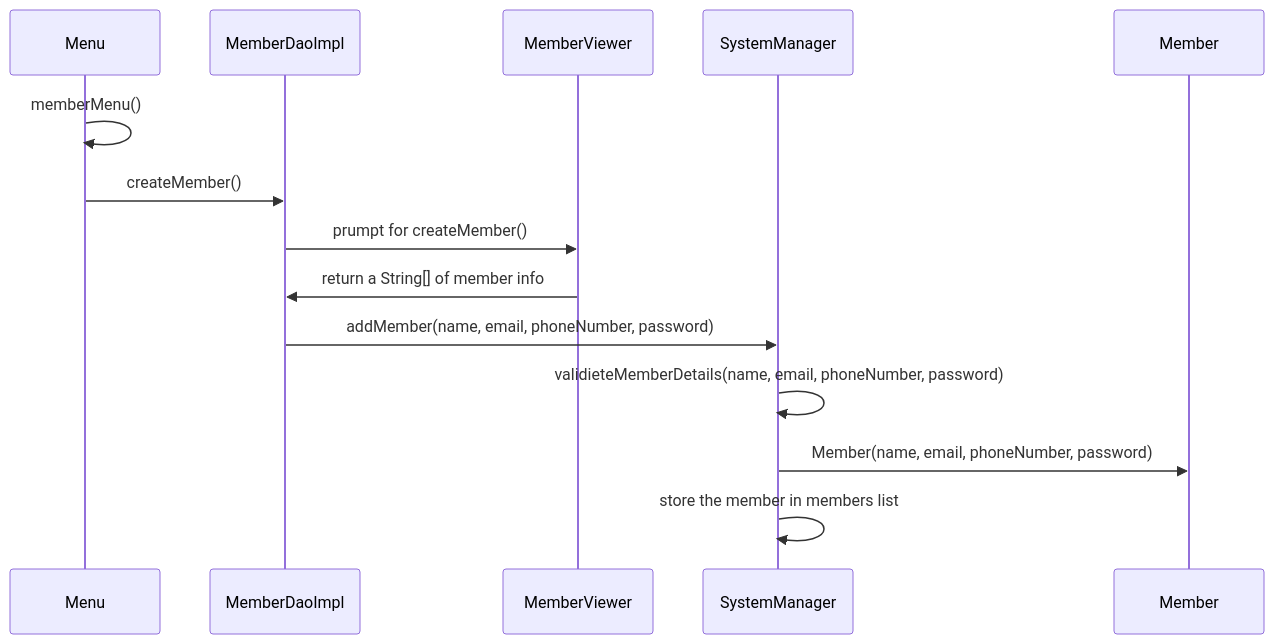
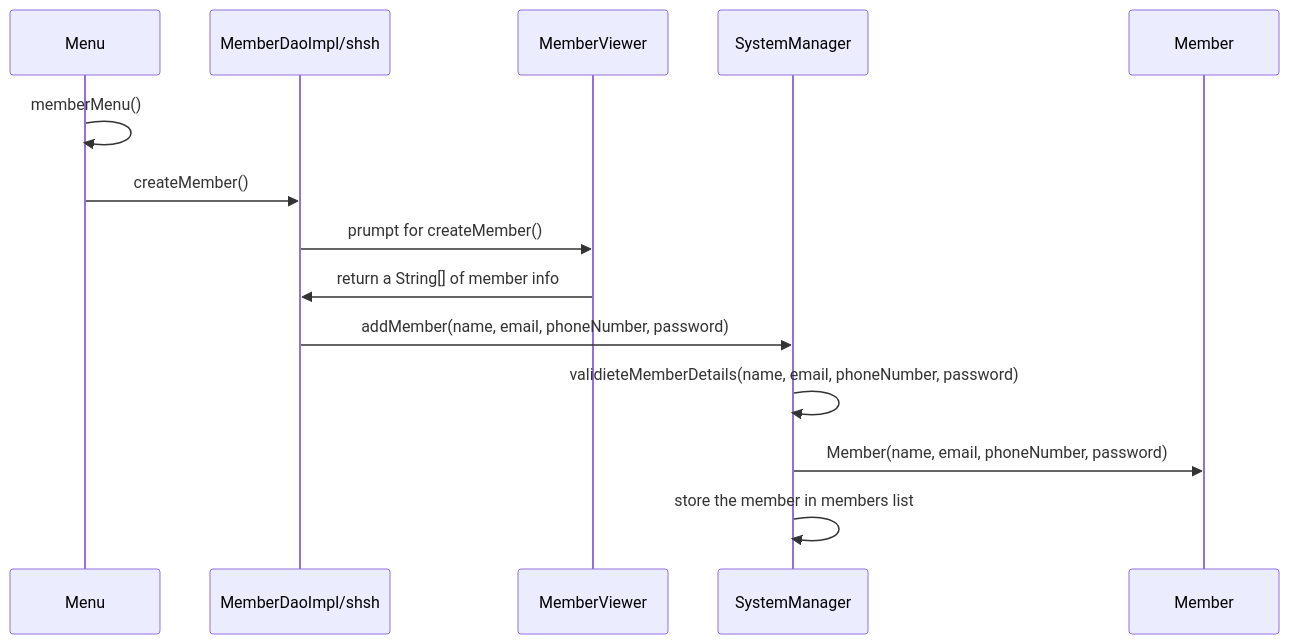
One commit to ashkar99/Stuff-Lending-System changed the fifth of 5 diagrams in design.md. Above: the diagram before and after it, drawn with Mermaid.

Commit message:
Update file design.md

`````diff
--- a/design.md
+++ b/design.md
@@ -413,19 +413,19 @@
 ```mermaid
 sequenceDiagram
     participant Menu as Menu
-    participant MC as MemberDaoImpl
+    participant MC as MemberDaoImpl/shsh
     participant MV as MemberViewer
     participant SM as SystemManager
     participant M as Member
     
     %% Scenario: Add a new third member with user input and database interaction
     Menu->>Menu: memberMenu()
     Menu->>MC: createMember()
     MC->>MV: prumpt for createMember()
     MV->>MC: return a String[] of member info
     MC->>SM: addMember(name, email, phoneNumber, password) 
     SM->>SM: validieteMemberDetails(name, email, phoneNumber, password) 
     SM->>M: Member(name, email, phoneNumber, password)
     SM->>SM: store the member in members list
 
 ````
`````
